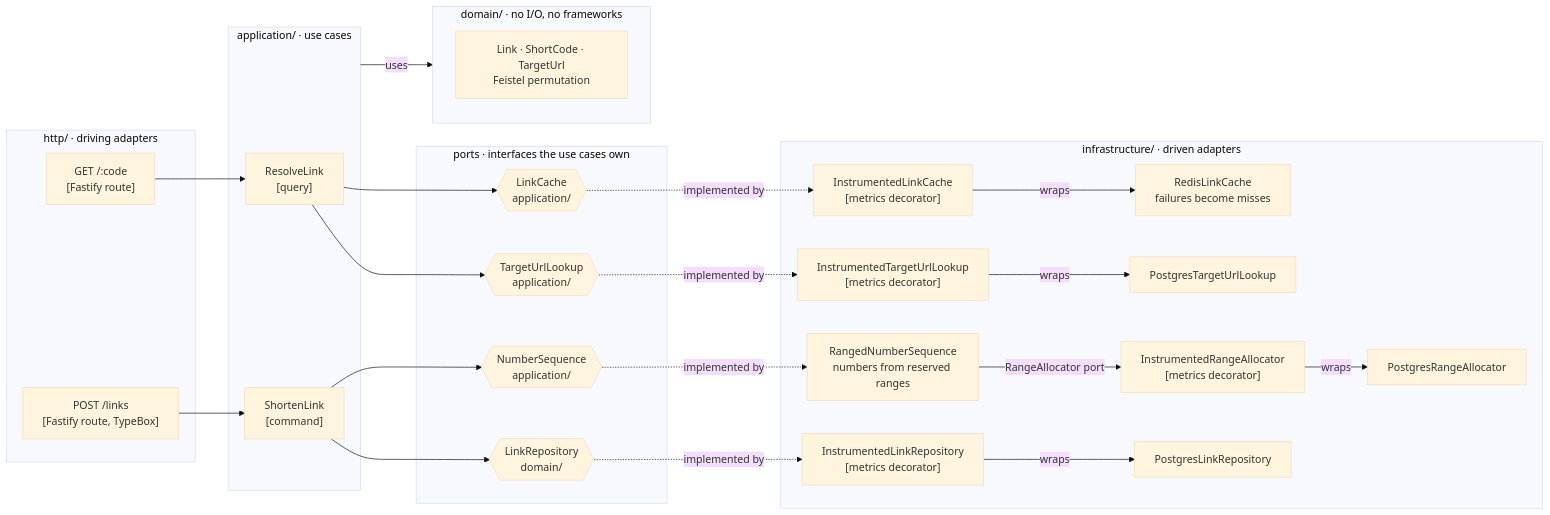
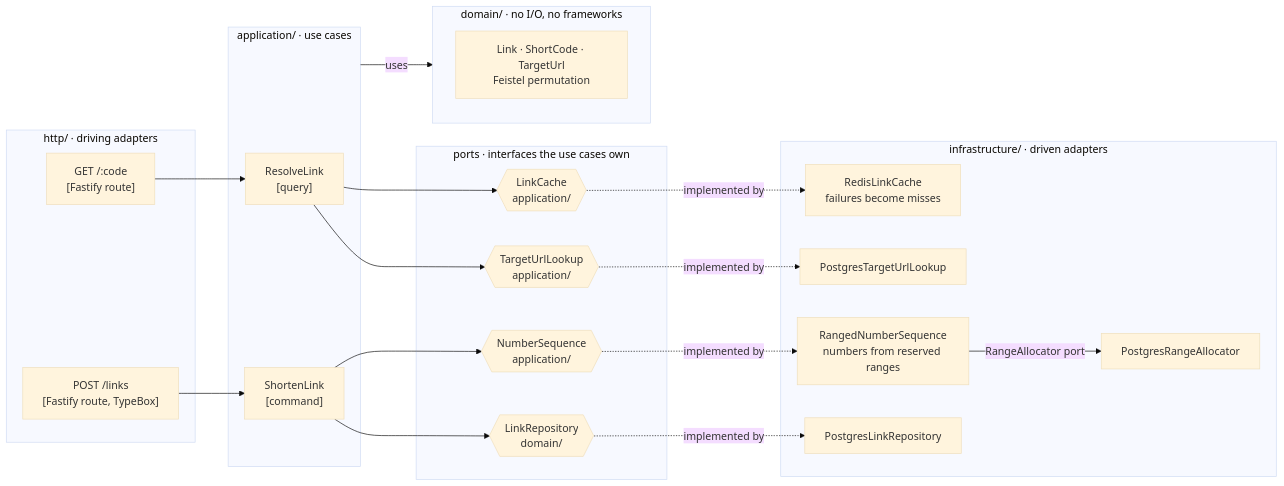
The third of 3 diagrams in docs/architecture.md (poschuler/url-shortener), drawn with Mermaid (base theme) before and after one commit. The commit also changed other lines of this file and 4 other files, not shown here.

````diff
--- a/docs/architecture.md
+++ b/docs/architecture.md
@@ -61,54 +60,46 @@
 ```mermaid
 flowchart LR
   subgraph http["http/ · driving adapters"]
     rroute["GET /:code<br/>[Fastify route]"]
     sroute["POST /links<br/>[Fastify route, TypeBox]"]
   end
 
   subgraph application["application/ · use cases"]
     resolve["ResolveLink<br/>[query]"]
     shorten["ShortenLink<br/>[command]"]
   end
 
   subgraph ports["ports · interfaces the use cases own"]
     cacheport{{"LinkCache<br/>application/"}}
     lookupport{{"TargetUrlLookup<br/>application/"}}
     seqport{{"NumberSequence<br/>application/"}}
     repoport{{"LinkRepository<br/>domain/"}}
   end
 
   subgraph domain["domain/ · no I/O, no frameworks"]
     model["Link · ShortCode · TargetUrl<br/>Feistel permutation"]
   end
 
   subgraph infra["infrastructure/ · driven adapters"]
-    icache["InstrumentedLinkCache<br/>[metrics decorator]"]
-    ilookup["InstrumentedTargetUrlLookup<br/>[metrics decorator]"]
-    ranged["RangedNumberSequence<br/>numbers from reserved ranges"]
-    irepo["InstrumentedLinkRepository<br/>[metrics decorator]"]
     rcache["RedisLinkCache<br/>failures become misses"]
     pglookup["PostgresTargetUrlLookup"]
-    ialloc["InstrumentedRangeAllocator<br/>[metrics decorator]"]
+    ranged["RangedNumberSequence<br/>numbers from reserved ranges"]
     pgrepo["PostgresLinkRepository"]
     pgalloc["PostgresRangeAllocator"]
   end
 
   rroute --> resolve
   sroute --> shorten
   resolve --> cacheport
   resolve --> lookupport
   shorten --> seqport
   shorten --> repoport
   application -- "uses" --> domain
 
-  cacheport -. "implemented by" .-> icache
-  lookupport -. "implemented by" .-> ilookup
+  cacheport -. "implemented by" .-> rcache
+  lookupport -. "implemented by" .-> pglookup
   seqport -. "implemented by" .-> ranged
-  repoport -. "implemented by" .-> irepo
+  repoport -. "implemented by" .-> pgrepo
 
-  icache -- wraps --> rcache
-  ilookup -- wraps --> pglookup
-  ranged -- "RangeAllocator port" --> ialloc
-  ialloc -- wraps --> pgalloc
-  irepo -- wraps --> pgrepo
+  ranged -- "RangeAllocator port" --> pgalloc
 ```
````
